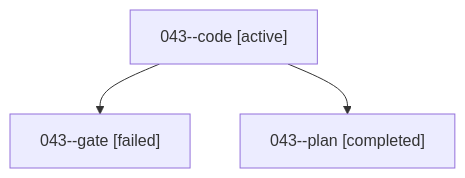
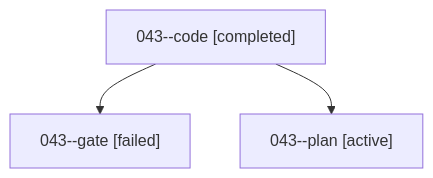
The diagram in families/bbugyi200.athena.043.md (sase-org/sase--agents), drawn with Mermaid before and after one commit. The commit also changed other lines of this file and 35830 other files, not shown here.

````diff
--- a/families/bbugyi200.athena.043.md
+++ b/families/bbugyi200.athena.043.md
@@ -9,8 +9,8 @@
 ```mermaid
 flowchart TD
-  n0["043--code [active]"]
+  n0["043--code [completed]"]
   n1["043--gate [failed]"]
   n0 --> n1
-  n2["043--plan [completed]"]
+  n2["043--plan [active]"]
   n0 --> n2
 ```
````
